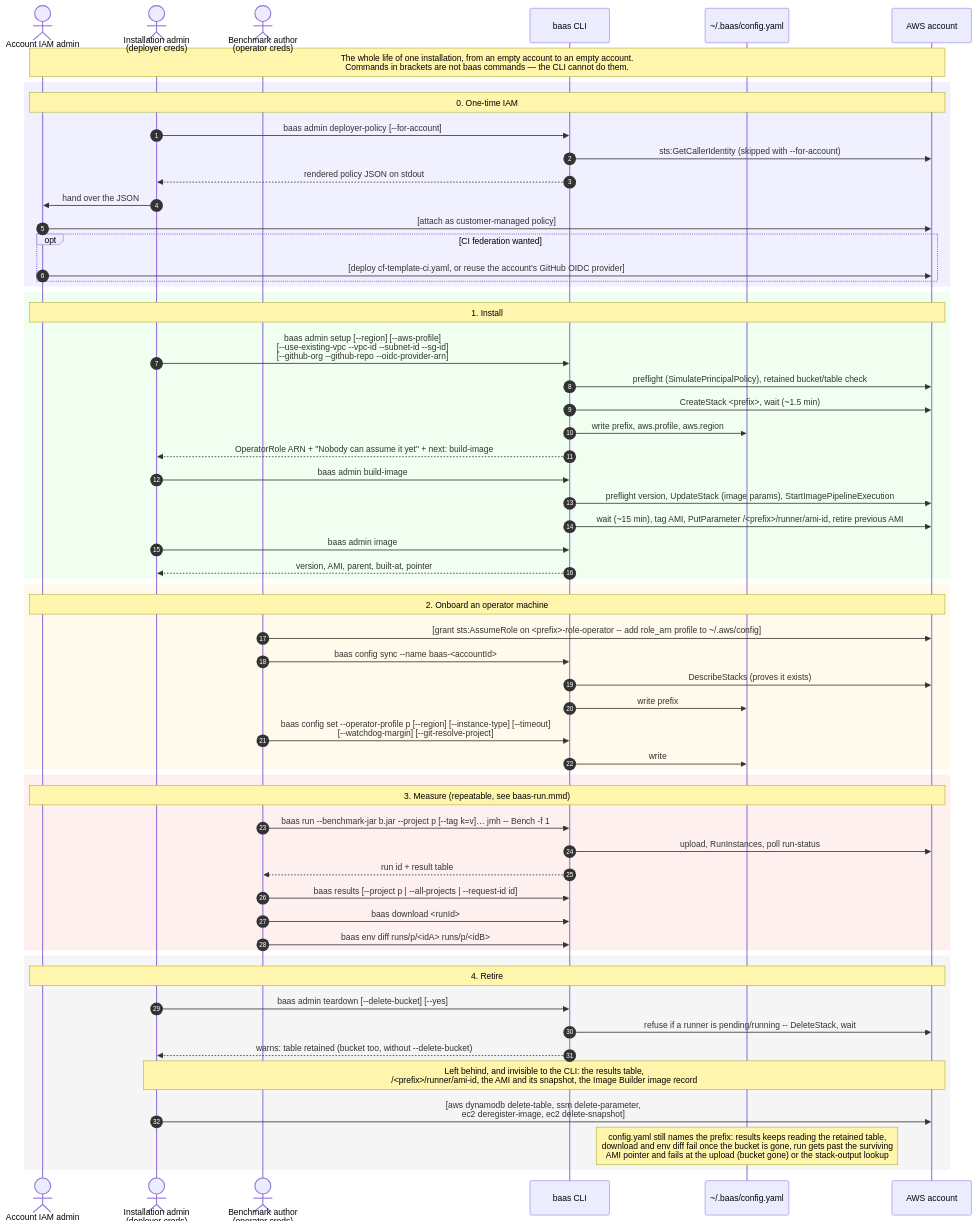
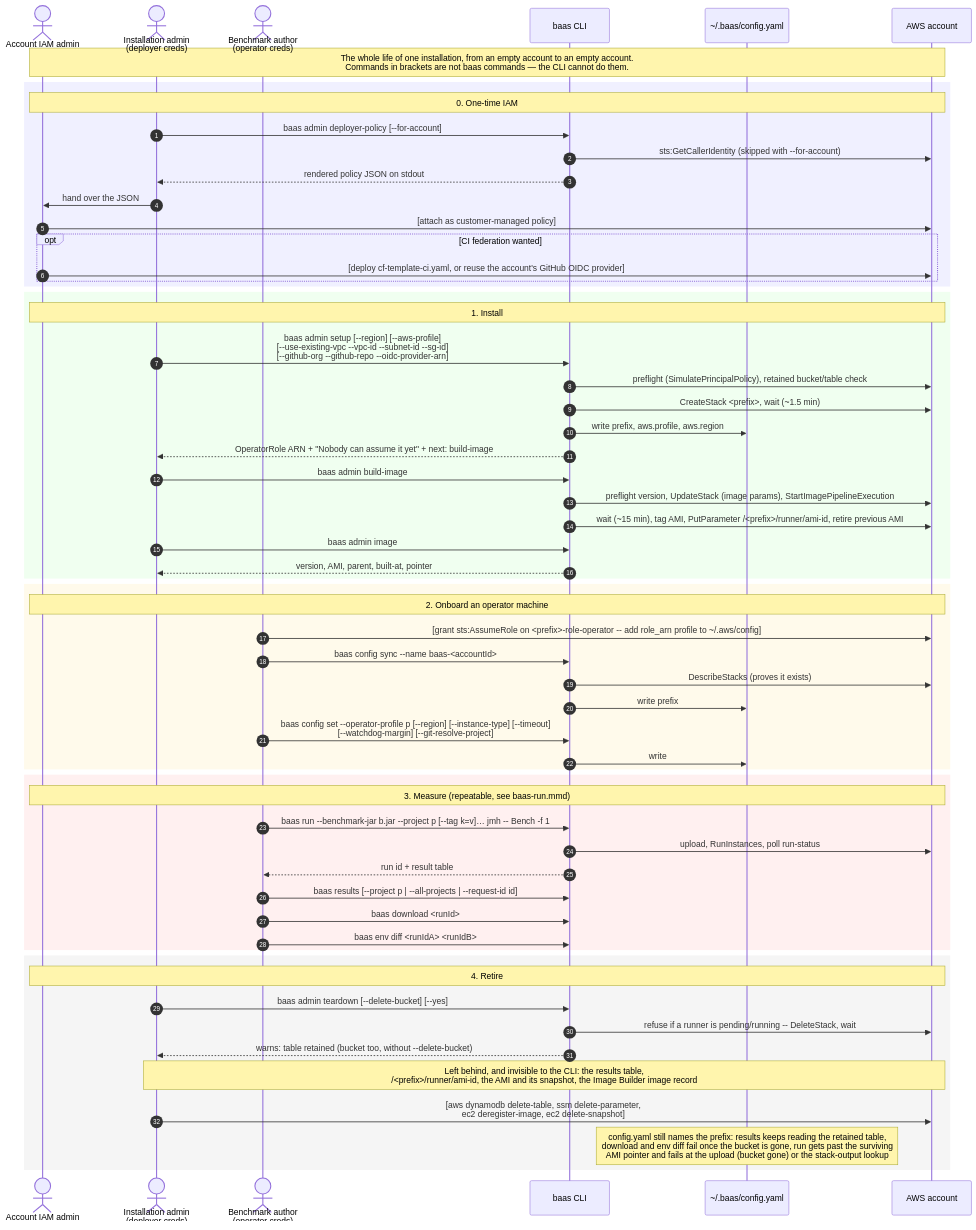
The diagram in docs/diagrams/baas-lifecycle.mmd (wsztajerowski/benchmark-as-a-service), drawn with Mermaid before and after one commit. The commit also changed 10 other files, not shown here.

First line of the commit message:
feat(cli): let env diff take run ids, like download

```diff
--- a/docs/diagrams/baas-lifecycle.mmd
+++ b/docs/diagrams/baas-lifecycle.mmd
@@ -1,66 +1,66 @@
 sequenceDiagram
     autonumber
     actor IA as Account IAM admin
     actor Adm as Installation admin<br/>(deployer creds)
     actor Op as Benchmark author<br/>(operator creds)
     participant CLI as baas CLI
     participant CFG as ~/.baas/config.yaml
     participant AWS as AWS account
 
     Note over IA,AWS: The whole life of one installation, from an empty account to an empty account.<br/>Commands in brackets are not baas commands — the CLI cannot do them.
 
     rect rgb(240, 240, 255)
         Note over IA,AWS: 0. One-time IAM
         Adm->>CLI: baas admin deployer-policy [--for-account]
         CLI->>AWS: sts:GetCallerIdentity (skipped with --for-account)
         CLI-->>Adm: rendered policy JSON on stdout
         Adm->>IA: hand over the JSON
         IA->>AWS: [attach as customer-managed policy]
         opt CI federation wanted
             IA->>AWS: [deploy cf-template-ci.yaml, or reuse the account's GitHub OIDC provider]
         end
     end
 
     rect rgb(240, 255, 240)
         Note over IA,AWS: 1. Install
         Adm->>CLI: baas admin setup [--region] [--aws-profile]<br/>[--use-existing-vpc --vpc-id --subnet-id --sg-id]<br/>[--github-org --github-repo --oidc-provider-arn]
         CLI->>AWS: preflight (SimulatePrincipalPolicy), retained bucket/table check
         CLI->>AWS: CreateStack <prefix>, wait (~1.5 min)
         CLI->>CFG: write prefix, aws.profile, aws.region
         CLI-->>Adm: OperatorRole ARN + "Nobody can assume it yet" + next: build-image
         Adm->>CLI: baas admin build-image
         CLI->>AWS: preflight version, UpdateStack (image params), StartImagePipelineExecution
         CLI->>AWS: wait (~15 min), tag AMI, PutParameter /<prefix>/runner/ami-id, retire previous AMI
         Adm->>CLI: baas admin image
         CLI-->>Adm: version, AMI, parent, built-at, pointer
     end
 
     rect rgb(255, 250, 235)
         Note over IA,AWS: 2. Onboard an operator machine
         Op->>AWS: [grant sts:AssumeRole on <prefix>-role-operator -- add role_arn profile to ~/.aws/config]
         Op->>CLI: baas config sync --name baas-<accountId>
         CLI->>AWS: DescribeStacks (proves it exists)
         CLI->>CFG: write prefix
         Op->>CLI: baas config set --operator-profile p [--region] [--instance-type] [--timeout]<br/>[--watchdog-margin] [--git-resolve-project]
         CLI->>CFG: write
     end
 
     rect rgb(255, 240, 240)
         Note over IA,AWS: 3. Measure (repeatable, see baas-run.mmd)
         Op->>CLI: baas run --benchmark-jar b.jar --project p [--tag k=v]… jmh -- Bench -f 1
         CLI->>AWS: upload, RunInstances, poll run-status
         CLI-->>Op: run id + result table
         Op->>CLI: baas results [--project p | --all-projects | --request-id id]
         Op->>CLI: baas download <runId>
-        Op->>CLI: baas env diff runs/p/<idA> runs/p/<idB>
+        Op->>CLI: baas env diff <runIdA> <runIdB>
     end
 
     rect rgb(245, 245, 245)
         Note over IA,AWS: 4. Retire
         Adm->>CLI: baas admin teardown [--delete-bucket] [--yes]
         CLI->>AWS: refuse if a runner is pending/running -- DeleteStack, wait
         CLI-->>Adm: warns: table retained (bucket too, without --delete-bucket)
         Note over Adm,AWS: Left behind, and invisible to the CLI: the results table,<br/>/<prefix>/runner/ami-id, the AMI and its snapshot, the Image Builder image record
         Adm->>AWS: [aws dynamodb delete-table, ssm delete-parameter,<br/>ec2 deregister-image, ec2 delete-snapshot]
         Note over CFG: config.yaml still names the prefix: results keeps reading the retained table,<br/>download and env diff fail once the bucket is gone, run gets past the surviving<br/>AMI pointer and fails at the upload (bucket gone) or the stack-output lookup
     end
```
